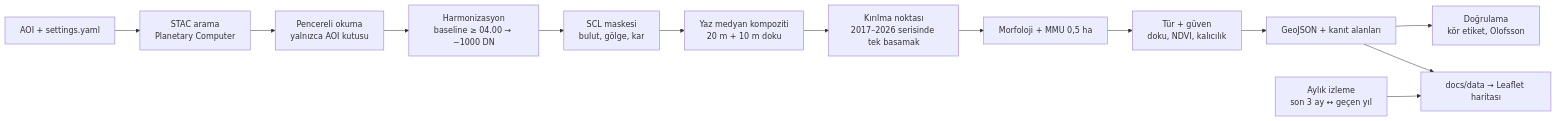
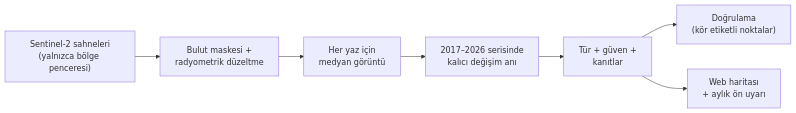
The diagram in README.md (samettns/Tr-Changewatch), drawn with Mermaid before and after one commit. The commit also changed other lines of this file and 1 other file, not shown here.

````diff
--- a/README.md
+++ b/README.md
@@ -29,15 +39,9 @@
 ```mermaid
 flowchart LR
-  A["AOI + settings.yaml"] --> B["STAC arama<br/>Planetary Computer"]
-  B --> C["Pencereli okuma<br/>yalnızca AOI kutusu"]
-  C --> D["Harmonizasyon<br/>baseline ≥ 04.00 → −1000 DN"]
-  D --> E["SCL maskesi<br/>bulut, gölge, kar"]
-  E --> F["Yaz medyan kompoziti<br/>20 m + 10 m doku"]
-  F --> G["Kırılma noktası<br/>2017–2026 serisinde tek basamak"]
-  G --> H["Morfoloji + MMU 0,5 ha"]
-  H --> I["Tür + güven<br/>doku, NDVI, kalıcılık"]
-  I --> J["GeoJSON + kanıt alanları"]
-  J --> K["Doğrulama<br/>kör etiket, Olofsson"]
-  J --> L["docs/data → Leaflet haritası"]
-  M["Aylık izleme<br/>son 3 ay ↔ geçen yıl"] --> L
+  A["Sentinel-2 sahneleri<br/>(yalnızca bölge penceresi)"] --> B["Bulut maskesi +<br/>radyometrik düzeltme"]
+  B --> C["Her yaz için<br/>medyan görüntü"]
+  C --> D["2017–2026 serisinde<br/>kalıcı değişim anı"]
+  D --> E["Tür + güven +<br/>kanıtlar"]
+  E --> F["Doğrulama<br/>(kör etiketli noktalar)"]
+  E --> G["Web haritası<br/>+ aylık ön uyarı"]
 ```
````
